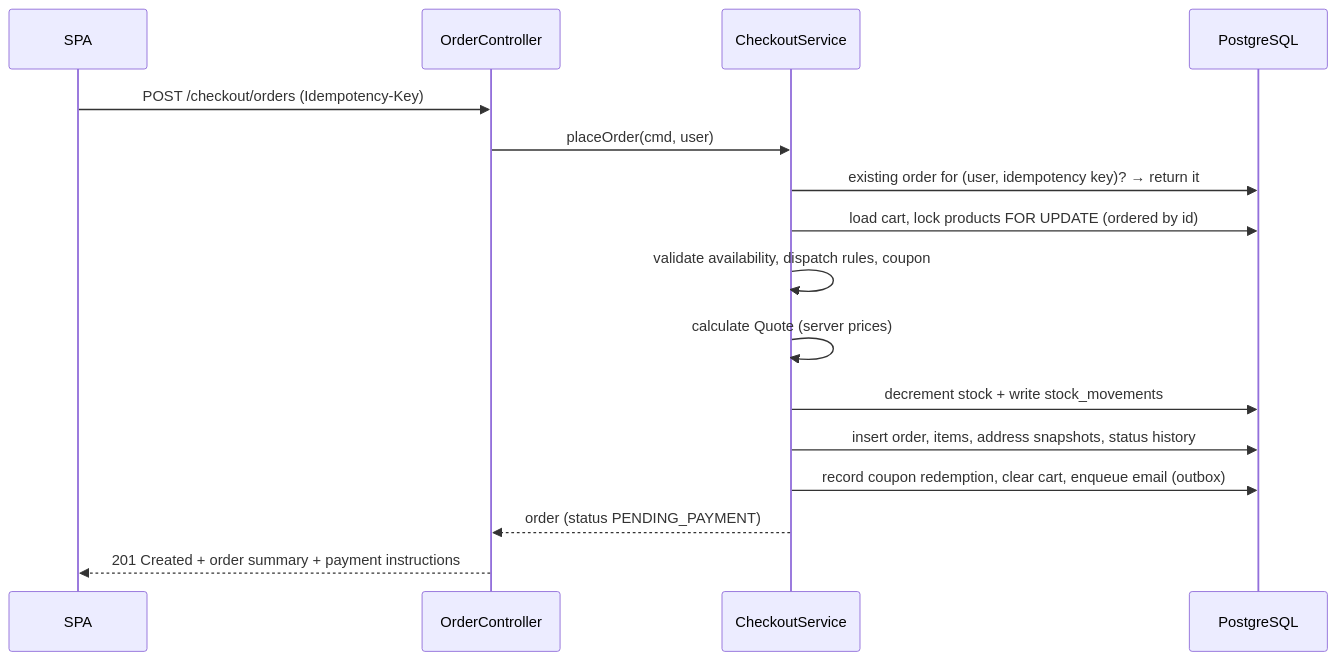
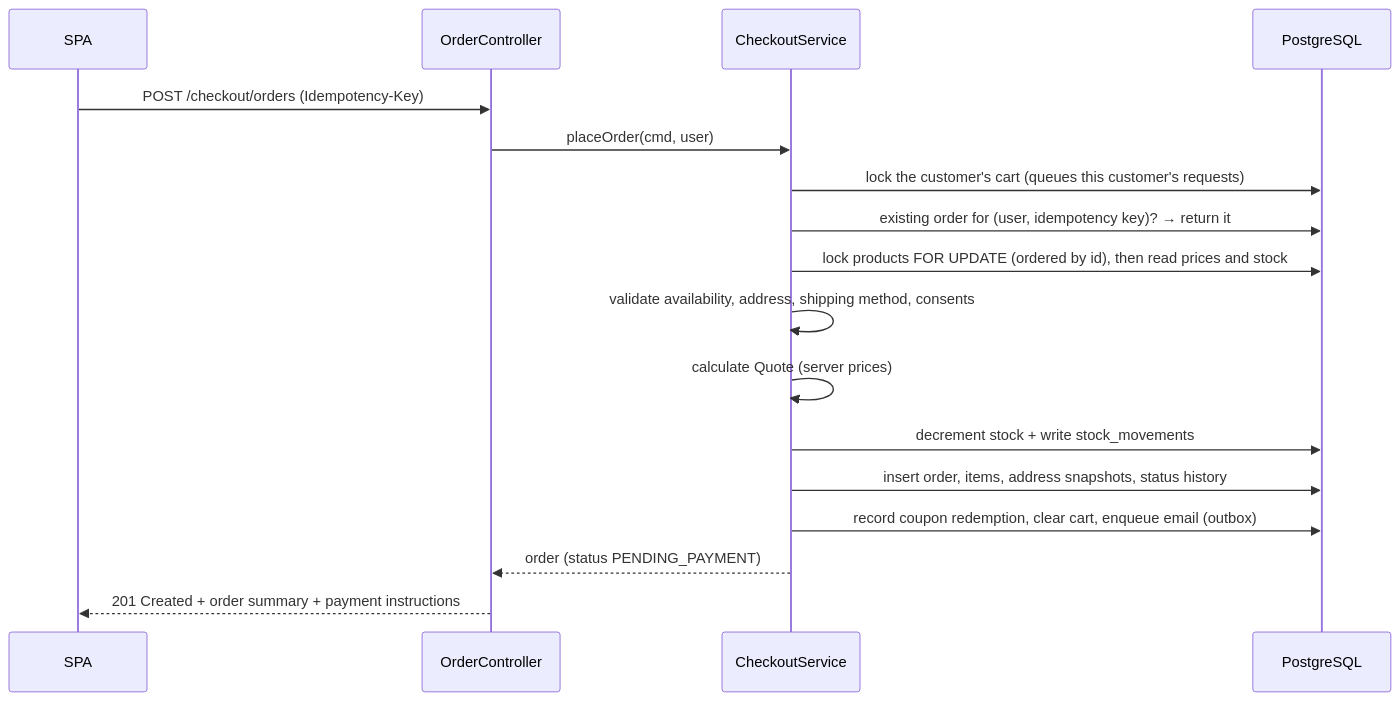
One commit to KaramellFy/pw-aquatics changed the second of 3 diagrams in docs/ARCHITECTURE.md. Above: the diagram before and after it, drawn with Mermaid. The commit also changed other lines of this file and 115 other files, not shown here.

````diff
--- a/docs/ARCHITECTURE.md
+++ b/docs/ARCHITECTURE.md
@@ -253,18 +254,19 @@
 ```mermaid
 sequenceDiagram
     participant FE as SPA
     participant API as OrderController
     participant S as CheckoutService
     participant DB as PostgreSQL
     FE->>API: POST /checkout/orders (Idempotency-Key)
     API->>S: placeOrder(cmd, user)
+    S->>DB: lock the customer's cart (queues this customer's requests)
     S->>DB: existing order for (user, idempotency key)? → return it
-    S->>DB: load cart, lock products FOR UPDATE (ordered by id)
-    S->>S: validate availability, dispatch rules, coupon
+    S->>DB: lock products FOR UPDATE (ordered by id), then read prices and stock
+    S->>S: validate availability, address, shipping method, consents
     S->>S: calculate Quote (server prices)
     S->>DB: decrement stock + write stock_movements
     S->>DB: insert order, items, address snapshots, status history
     S->>DB: record coupon redemption, clear cart, enqueue email (outbox)
     S-->>API: order (status PENDING_PAYMENT)
     API-->>FE: 201 Created + order summary + payment instructions
 ```
````
